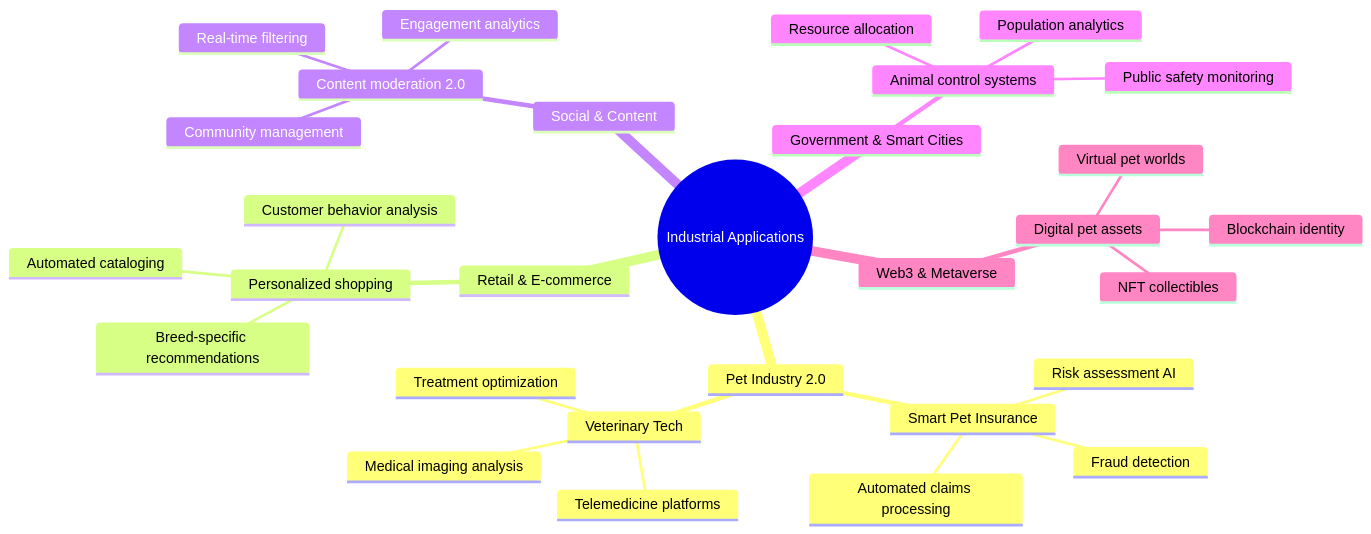
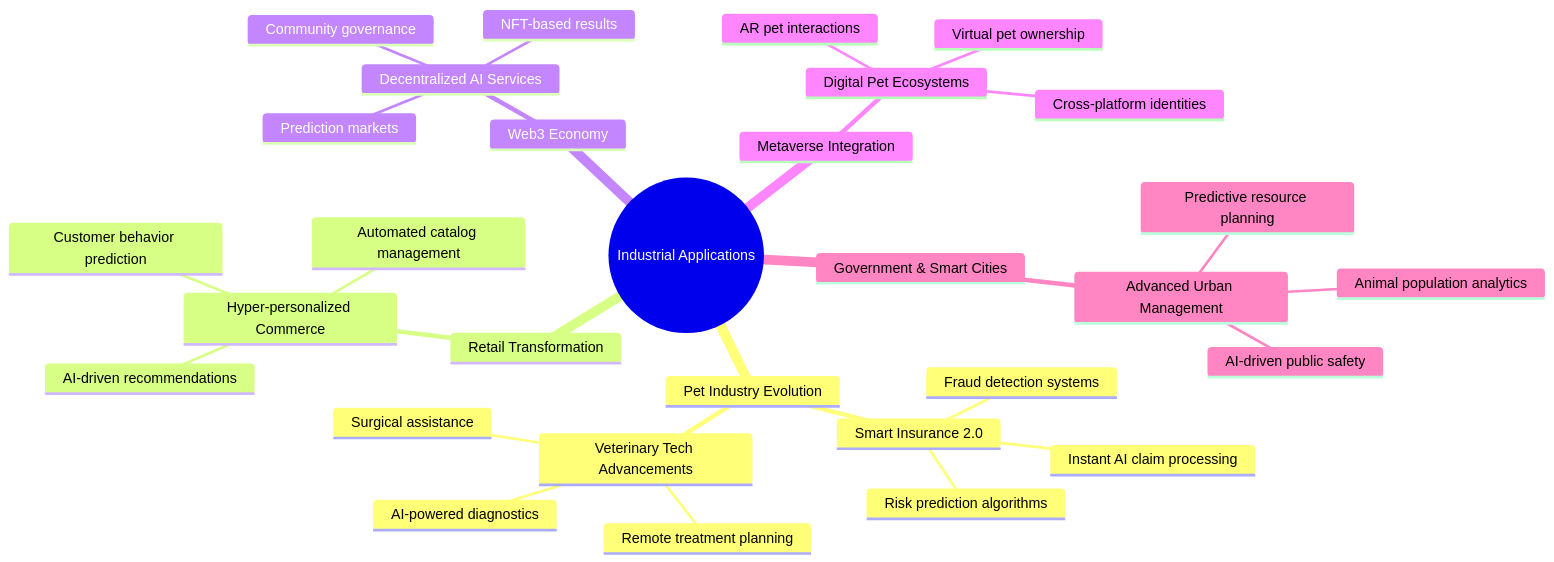
The third of 3 diagrams in README.md (Dibyendu17122003/CAT-DOG-Image-Classifier-Teachable-Machine), drawn with Mermaid before and after one commit. The commit also changed other lines of this file, not shown here.

````diff
--- a/README.md
+++ b/README.md
@@ -335,33 +490,33 @@
 ```mermaid
 mindmap
   root((Industrial Applications))
-    Pet Industry 2.0
-      Smart Pet Insurance
-        Automated claims processing
-        Risk assessment AI
-        Fraud detection
-      Veterinary Tech
-        Telemedicine platforms
-        Medical imaging analysis
-        Treatment optimization
-    Retail & E-commerce
-      Personalized shopping
-        Breed-specific recommendations
-        Automated cataloging
-        Customer behavior analysis
-    Social & Content
-      Content moderation 2.0
-        Real-time filtering
-        Community management
-        Engagement analytics
+    Pet Industry Evolution
+      Smart Insurance 2.0
+        Instant AI claim processing
+        Risk prediction algorithms
+        Fraud detection systems
+      Veterinary Tech Advancements
+        AI-powered diagnostics
+        Remote treatment planning
+        Surgical assistance
+    Retail Transformation
+      Hyper-personalized Commerce
+        AI-driven recommendations
+        Automated catalog management
+        Customer behavior prediction
+    Web3 Economy
+      Decentralized AI Services
+        Prediction markets
+        NFT-based results
+        Community governance
+    Metaverse Integration
+      Digital Pet Ecosystems
+        Virtual pet ownership
+        Cross-platform identities
+        AR pet interactions
     Government & Smart Cities
-      Animal control systems
-        Population analytics
-        Public safety monitoring
-        Resource allocation
-    Web3 & Metaverse
-      Digital pet assets
-        NFT collectibles
-        Virtual pet worlds
-        Blockchain identity
+      Advanced Urban Management
+        Animal population analytics
+        Predictive resource planning
+        AI-driven public safety
 ```
````
